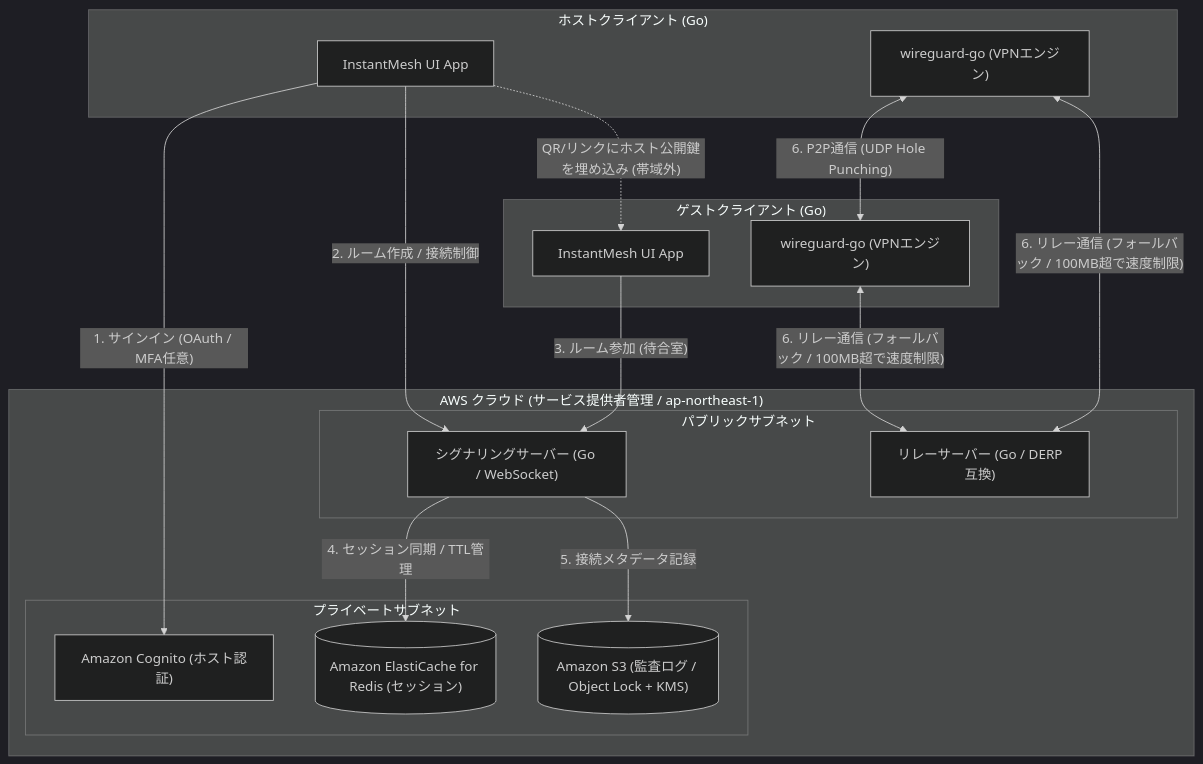
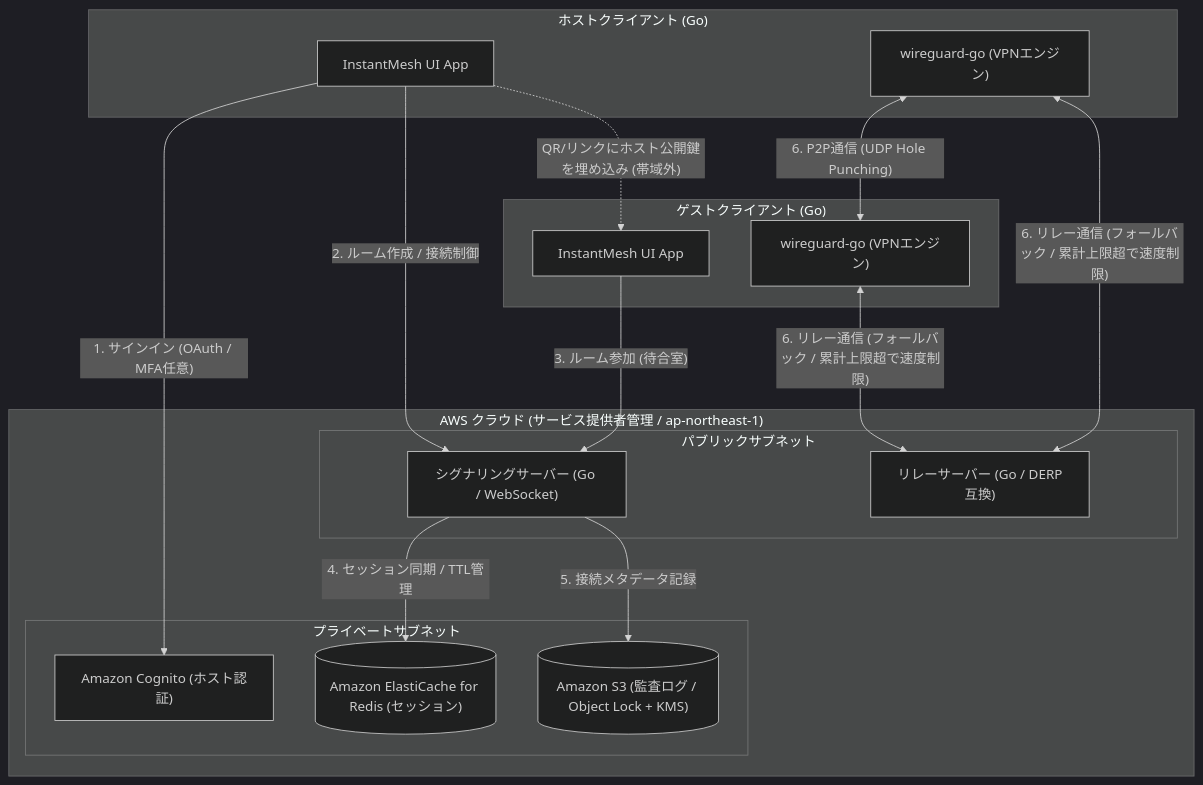
Before and after one commit to instantmesh/instantmesh: the first of 2 diagrams in docs/システムアーキテクチャ定義書.md, drawn with Mermaid (dark theme). The commit also changed other lines of this file and 7 other files, not shown here.

````diff
--- a/docs/システムアーキテクチャ定義書.md
+++ b/docs/システムアーキテクチャ定義書.md
@@ -13,40 +13,40 @@
 ```mermaid
 graph TD
     subgraph ClientHost ["ホストクライアント (Go)"]
         HostApp["InstantMesh UI App"]
         HostWG["wireguard-go (VPNエンジン)"]
     end
 
     subgraph ClientGuest ["ゲストクライアント (Go)"]
         GuestApp["InstantMesh UI App"]
         GuestWG["wireguard-go (VPNエンジン)"]
     end
 
     subgraph AWS ["AWS クラウド (サービス提供者管理 / ap-northeast-1)"]
         subgraph PublicSubnet ["パブリックサブネット"]
             SigSrv["シグナリングサーバー (Go / WebSocket)"]
             RelaySrv["リレーサーバー (Go / DERP互換)"]
         end
         
         subgraph PrivateSubnet ["プライベートサブネット"]
             Redis[("Amazon ElastiCache for Redis (セッション)")]
             Cognito["Amazon Cognito (ホスト認証)"]
             S3Log[("Amazon S3 (監査ログ / Object Lock + KMS)")]
         end
     end
 
     %% コントロールプレーン接続
     HostApp -->|"1. サインイン (OAuth / MFA任意)"| Cognito
     HostApp -->|"2. ルーム作成 / 接続制御"| SigSrv
     GuestApp -->|"3. ルーム参加 (待合室)"| SigSrv
     SigSrv -->|"4. セッション同期 / TTL管理"| Redis
     SigSrv -->|"5. 接続メタデータ記録"| S3Log
 
     %% 鍵検証（帯域外）
     HostApp -.->|"QR/リンクにホスト公開鍵を埋め込み (帯域外)"| GuestApp
 
     %% データプレーン接続 (P2P優先、失敗時のみリレー)
     HostWG <-->|"6. P2P通信 (UDP Hole Punching)"| GuestWG
-    HostWG <-->|"6. リレー通信 (フォールバック / 100MB超で速度制限)"| RelaySrv
-    GuestWG <-->|"6. リレー通信 (フォールバック / 100MB超で速度制限)"| RelaySrv
+    HostWG <-->|"6. リレー通信 (フォールバック / 累計上限超で速度制限)"| RelaySrv
+    GuestWG <-->|"6. リレー通信 (フォールバック / 累計上限超で速度制限)"| RelaySrv
 ```
````
